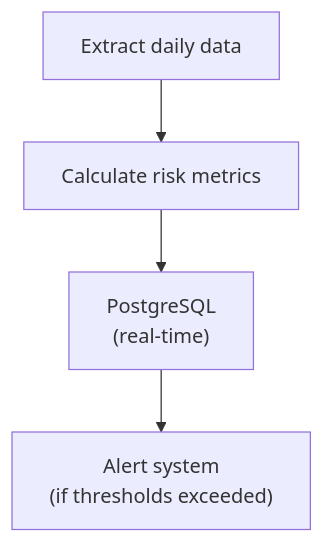
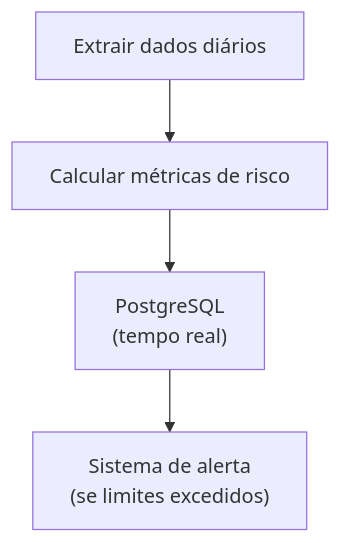
One commit to Quantilica/docs changed the ninth of 9 diagrams in docs/architecture/overview.md. Above: the diagram before and after it, drawn with Mermaid. The commit also changed other lines of this file and 31 other files, not shown here.

````diff
--- a/docs/architecture/overview.md
+++ b/docs/architecture/overview.md
@@ -327,6 +327,6 @@
 ```mermaid
 graph TD
-    A["Extract daily data"] --> B["Calculate risk metrics"]
-    B --> C["PostgreSQL<br/>(real-time)"]
-    C --> D["Alert system<br/>(if thresholds exceeded)"]
+    A["Extrair dados diários"] --> B["Calcular métricas de risco"]
+    B --> C["PostgreSQL<br/>(tempo real)"]
+    C --> D["Sistema de alerta<br/>(se limites excedidos)"]
 ```
````
